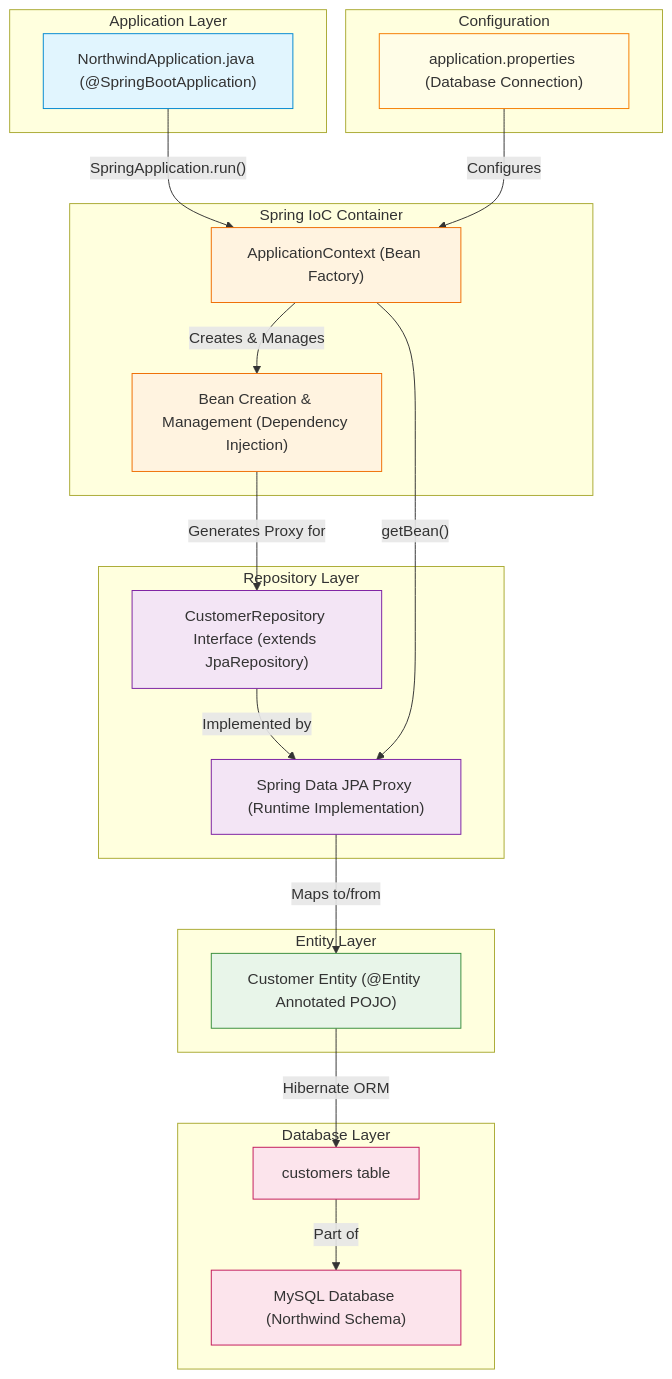
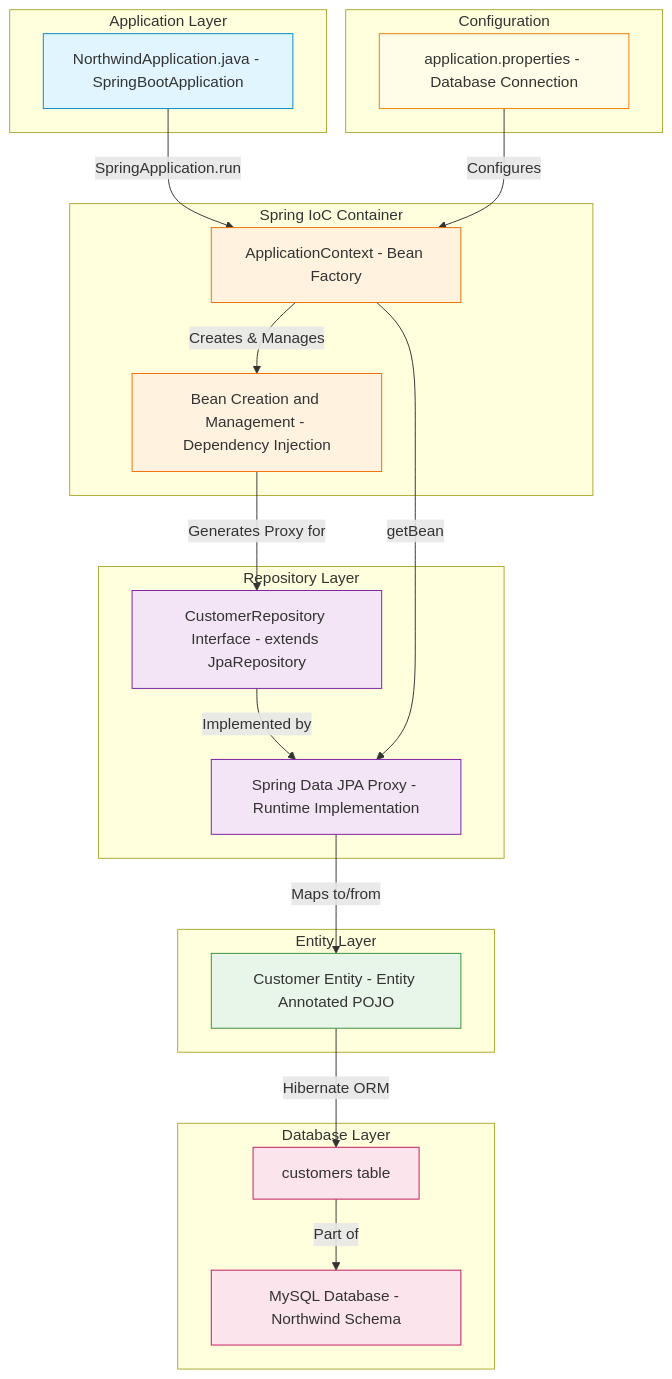
The seventh of 7 diagrams in Nish Lessons - Q&A's/SpringBoot/Architecture complex overview - day 1.md (stravos97/java-documentation-notes), drawn with Mermaid before and after one commit. The commit also changed other lines of this file and 8 other files, not shown here.

Commit message:
fix mermaid diagrams

````diff
--- a/Nish Lessons - Q&A's/SpringBoot/Architecture complex overview - day 1.md
+++ b/Nish Lessons - Q&A's/SpringBoot/Architecture complex overview - day 1.md
@@ -402,57 +402,57 @@
 ```mermaid
 flowchart TD
-    subgraph ApplicationLayer["Application Layer"]
-        A["NorthwindApplication.java (@SpringBootApplication)"]
+    subgraph ApplicationLayer[Application Layer]
+        A[NorthwindApplication.java - SpringBootApplication]
     end
     
-    subgraph SpringIoCContainer["Spring IoC Container"]
-        B["ApplicationContext (Bean Factory)"]
-        C["Bean Creation & Management (Dependency Injection)"]
+    subgraph SpringIoCContainer[Spring IoC Container]
+        B[ApplicationContext - Bean Factory]
+        C[Bean Creation and Management - Dependency Injection]
     end
     
-    subgraph RepositoryLayer["Repository Layer"]
-        D["CustomerRepository Interface (extends JpaRepository)"]
-        E["Spring Data JPA Proxy (Runtime Implementation)"]
+    subgraph RepositoryLayer[Repository Layer]
+        D[CustomerRepository Interface - extends JpaRepository]
+        E[Spring Data JPA Proxy - Runtime Implementation]
     end
     
-    subgraph EntityLayer["Entity Layer"]
-        F["Customer Entity (@Entity Annotated POJO)"]
+    subgraph EntityLayer[Entity Layer]
+        F[Customer Entity - Entity Annotated POJO]
     end
     
-    subgraph DatabaseLayer["Database Layer"]
-        G["MySQL Database (Northwind Schema)"]
+    subgraph DatabaseLayer[Database Layer]
+        G[MySQL Database - Northwind Schema]
         H[customers table]
     end
     
-    subgraph Configuration["Configuration"]
-        I["application.properties (Database Connection)"]
+    subgraph Configuration[Configuration]
+        I[application.properties - Database Connection]
     end
     
-    A -->|"SpringApplication.run() "| B
+    A -->|SpringApplication.run| B
     B -->|Creates & Manages| C
     C -->|Generates Proxy for| D
     D -->|Implemented by| E
     E -->|Maps to/from| F
     F -->|Hibernate ORM| H
     H -->|Part of| G
     I -->|Configures| B
-    B -->|"getBean() "| E
+    B -->|getBean| E
     
     classDef app fill:#e1f5fe,stroke:#0288d1;
     class A app;
     
     classDef container fill:#fff3e0,stroke:#ef6c00;
     class B,C container;
     
     classDef repo fill:#f3e5f5,stroke:#7b1fa2;
     class D,E repo;
     
     classDef entity fill:#e8f5e9,stroke:#388e3c;
     class F entity;
     
     classDef db fill:#fce4ec,stroke:#c2185b;
     class G,H db;
     
     classDef config fill:#fffde7,stroke:#f57c00;
     class I config;
 ```
````
